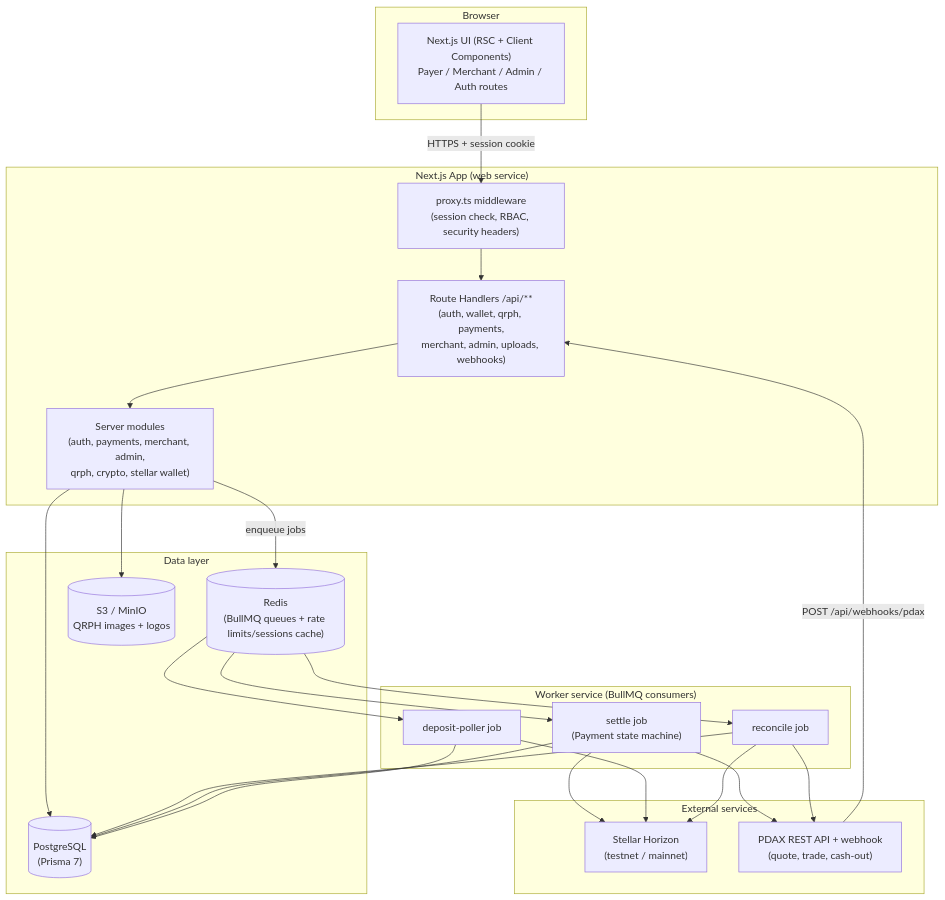
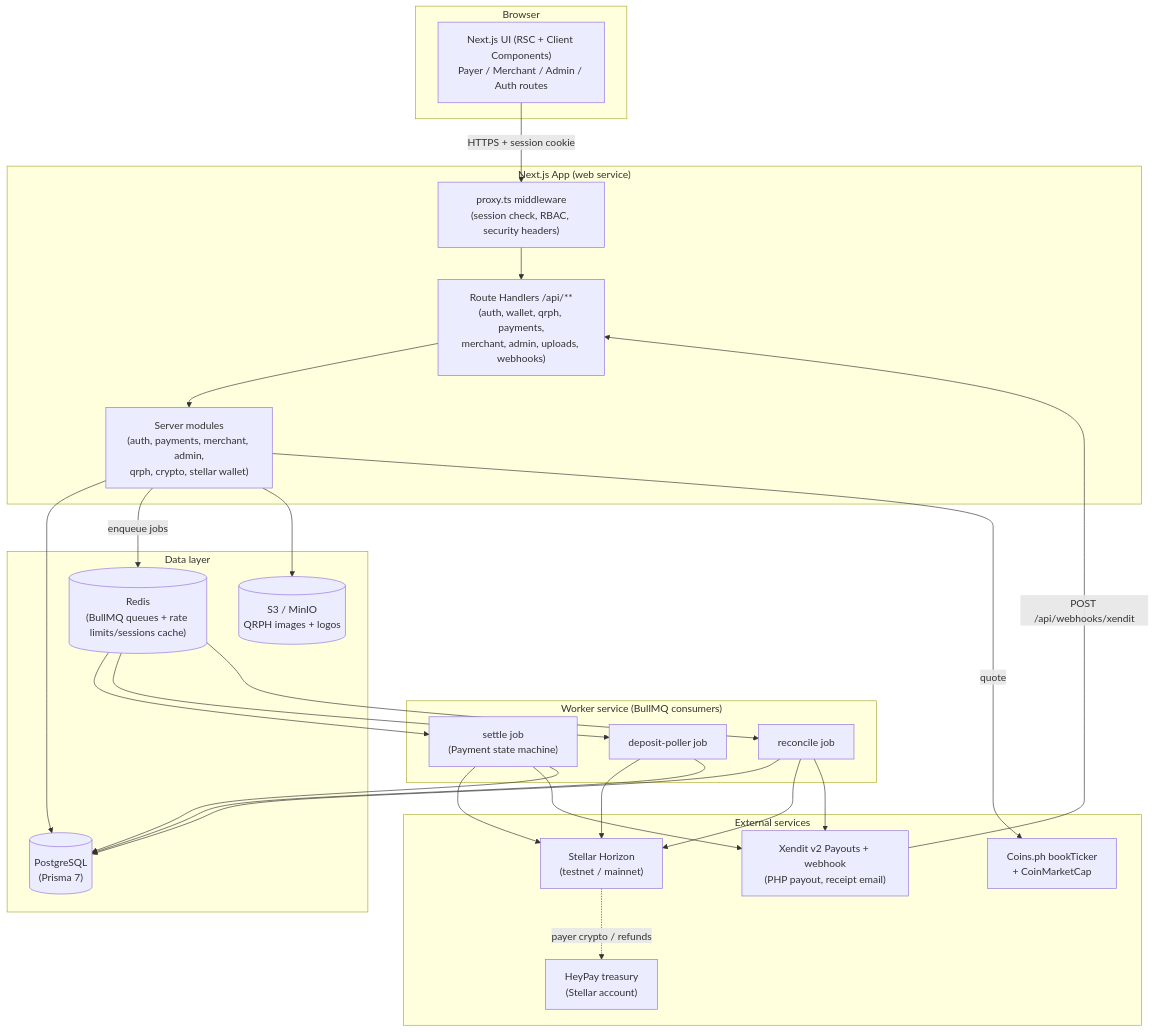
Before and after one commit to artisam-heypay/heypay: the first of 5 diagrams in README.md, drawn with Mermaid. The commit also changed other lines of this file, not shown here.

First line of the commit message:
docs(readme): describe the treasury + Xendit payout flow

````diff
--- a/README.md
+++ b/README.md
@@ -90,44 +93,48 @@
 ```mermaid
 flowchart TB
     subgraph Client["Browser"]
         UI["Next.js UI (RSC + Client Components)\nPayer / Merchant / Admin / Auth routes"]
     end
 
     subgraph Web["Next.js App (web service)"]
         Proxy["proxy.ts middleware\n(session check, RBAC, security headers)"]
         API["Route Handlers /api/**\n(auth, wallet, qrph, payments,\nmerchant, admin, uploads, webhooks)"]
         Server["Server modules\n(auth, payments, merchant, admin,\nqrph, crypto, stellar wallet)"]
     end
 
     subgraph Worker["Worker service (BullMQ consumers)"]
         SettleJob["settle job\n(Payment state machine)"]
         DepositJob["deposit-poller job"]
         ReconcileJob["reconcile job"]
     end
 
     subgraph Data["Data layer"]
         PG[("PostgreSQL\n(Prisma 7)")]
         Redis[("Redis\n(BullMQ queues + rate limits/sessions cache)")]
         S3[("S3 / MinIO\nQRPH images + logos")]
     end
 
     subgraph External["External services"]
         Horizon["Stellar Horizon\n(testnet / mainnet)"]
-        PDAX["PDAX REST API + webhook\n(quote, trade, cash-out)"]
+        Treasury["HeyPay treasury\n(Stellar account)"]
+        Xendit["Xendit v2 Payouts + webhook\n(PHP payout, receipt email)"]
+        Rates["Coins.ph bookTicker\n+ CoinMarketCap"]
     end
 
     UI -->|HTTPS + session cookie| Proxy --> API --> Server
     Server --> PG
     Server -->|enqueue jobs| Redis
     Server --> S3
-    PDAX -->|POST /api/webhooks/pdax| API
+    Server -->|quote| Rates
+    Xendit -->|POST /api/webhooks/xendit| API
     Redis --> SettleJob & DepositJob & ReconcileJob
     SettleJob --> Horizon
-    SettleJob --> PDAX
+    Horizon -.->|payer crypto / refunds| Treasury
+    SettleJob --> Xendit
     DepositJob --> Horizon
     ReconcileJob --> PG
     ReconcileJob --> Horizon
-    ReconcileJob --> PDAX
+    ReconcileJob --> Xendit
     SettleJob --> PG
     DepositJob --> PG
 ```
````
